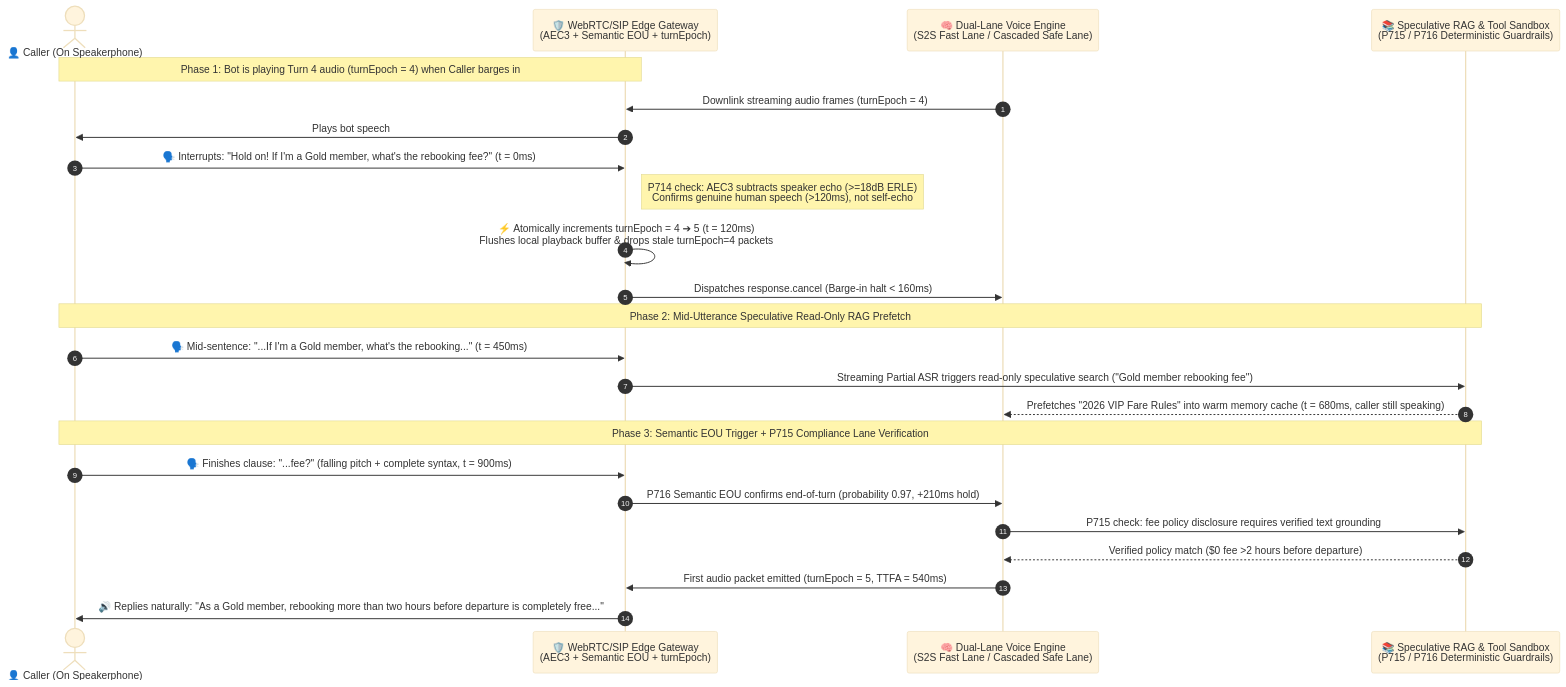
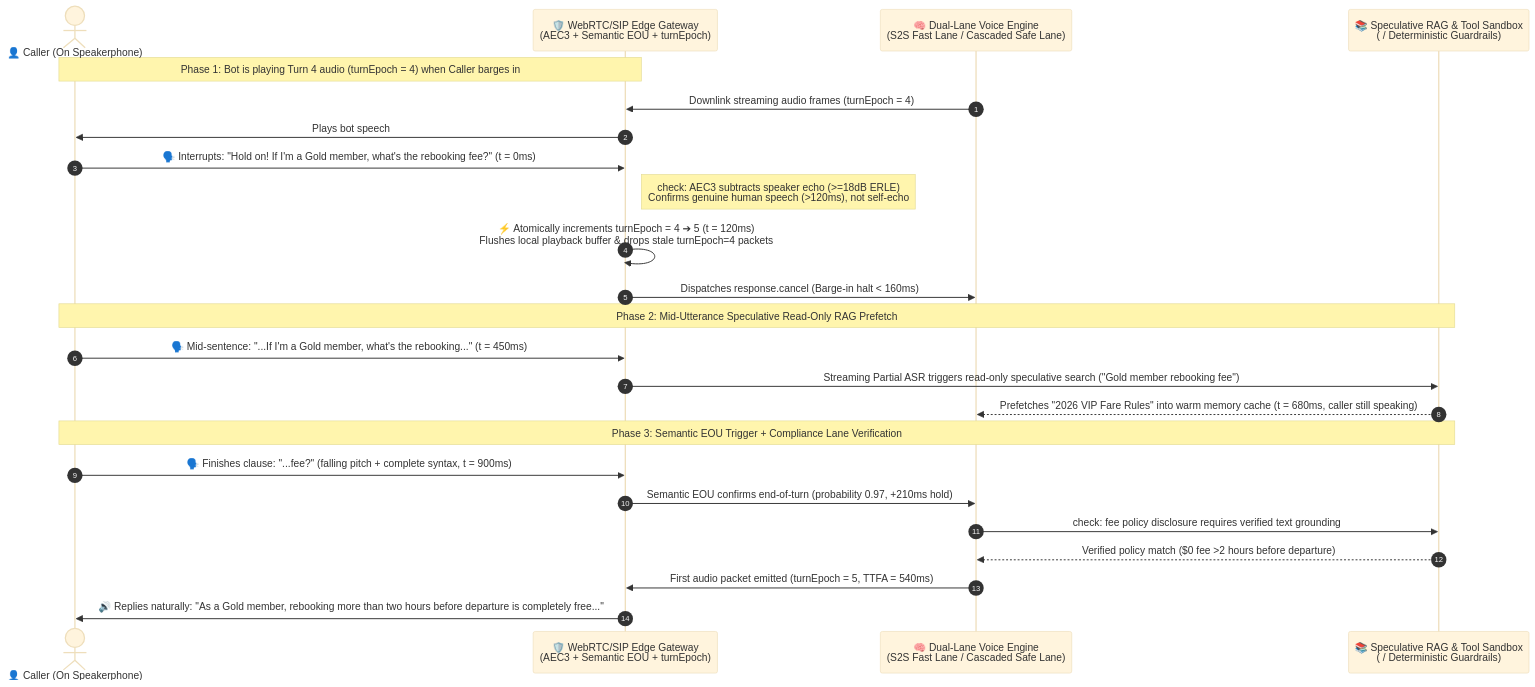
Before and after one commit to turbo998/voice-agent-lab: the third of 3 diagrams in docs/cascaded-vs-s2s-semantic-turn-faq.en.md, drawn with Mermaid (base theme). The commit also changed other lines of this file and 715 other files, not shown here.

````diff
--- a/docs/cascaded-vs-s2s-semantic-turn-faq.en.md
+++ b/docs/cascaded-vs-s2s-semantic-turn-faq.en.md
@@ -183,29 +183,29 @@
 ```mermaid
 sequenceDiagram
-    autonumber
-    actor Caller as 👤 Caller (On Speakerphone)
-    participant Edge as 🛡️ WebRTC/SIP Edge Gateway<br/>(AEC3 + Semantic EOU + turnEpoch)
-    participant Engine as 🧠 Dual-Lane Voice Engine<br/>(S2S Fast Lane / Cascaded Safe Lane)
-    participant RAG as 📚 Speculative RAG & Tool Sandbox<br/>(P715 / P716 Deterministic Guardrails)
+ autonumber
+ actor Caller as 👤 Caller (On Speakerphone)
+ participant Edge as 🛡️ WebRTC/SIP Edge Gateway<br/>(AEC3 + Semantic EOU + turnEpoch)
+ participant Engine as 🧠 Dual-Lane Voice Engine<br/>(S2S Fast Lane / Cascaded Safe Lane)
+ participant RAG as 📚 Speculative RAG & Tool Sandbox<br/>( / Deterministic Guardrails)
 
-    Note over Caller,Edge: Phase 1: Bot is playing Turn 4 audio (turnEpoch = 4) when Caller barges in
-    Engine->>Edge: Downlink streaming audio frames (turnEpoch = 4)
-    Edge->>Caller: Plays bot speech
-    Caller->>Edge: 🗣️ Interrupts: "Hold on! If I'm a Gold member, what's the rebooking fee?" (t = 0ms)
-    Note right of Edge: P714 check: AEC3 subtracts speaker echo (>=18dB ERLE)<br/>Confirms genuine human speech (>120ms), not self-echo
-    Edge->>Edge: ⚡ Atomically increments turnEpoch = 4 ➔ 5 (t = 120ms)<br/>Flushes local playback buffer & drops stale turnEpoch=4 packets
-    Edge->>Engine: Dispatches response.cancel (Barge-in halt < 160ms)
+ Note over Caller,Edge: Phase 1: Bot is playing Turn 4 audio (turnEpoch = 4) when Caller barges in
+ Engine->>Edge: Downlink streaming audio frames (turnEpoch = 4)
+ Edge->>Caller: Plays bot speech
+ Caller->>Edge: 🗣️ Interrupts: "Hold on! If I'm a Gold member, what's the rebooking fee?" (t = 0ms)
+ Note right of Edge: check: AEC3 subtracts speaker echo (>=18dB ERLE)<br/>Confirms genuine human speech (>120ms), not self-echo
+ Edge->>Edge: ⚡ Atomically increments turnEpoch = 4 ➔ 5 (t = 120ms)<br/>Flushes local playback buffer & drops stale turnEpoch=4 packets
+ Edge->>Engine: Dispatches response.cancel (Barge-in halt < 160ms)
 
-    Note over Caller,RAG: Phase 2: Mid-Utterance Speculative Read-Only RAG Prefetch
-    Caller->>Edge: 🗣️ Mid-sentence: "...If I'm a Gold member, what's the rebooking..." (t = 450ms)
-    Edge->>RAG: Streaming Partial ASR triggers read-only speculative search ("Gold member rebooking fee")
-    RAG-->>Engine: Prefetches "2026 VIP Fare Rules" into warm memory cache (t = 680ms, caller still speaking)
+ Note over Caller,RAG: Phase 2: Mid-Utterance Speculative Read-Only RAG Prefetch
+ Caller->>Edge: 🗣️ Mid-sentence: "...If I'm a Gold member, what's the rebooking..." (t = 450ms)
+ Edge->>RAG: Streaming Partial ASR triggers read-only speculative search ("Gold member rebooking fee")
+ RAG-->>Engine: Prefetches "2026 VIP Fare Rules" into warm memory cache (t = 680ms, caller still speaking)
 
-    Note over Caller,RAG: Phase 3: Semantic EOU Trigger + P715 Compliance Lane Verification
-    Caller->>Edge: 🗣️ Finishes clause: "...fee?" (falling pitch + complete syntax, t = 900ms)
-    Edge->>Engine: P716 Semantic EOU confirms end-of-turn (probability 0.97, +210ms hold)
-    Engine->>RAG: P715 check: fee policy disclosure requires verified text grounding
-    RAG-->>Engine: Verified policy match ($0 fee >2 hours before departure)
-    Engine->>Edge: First audio packet emitted (turnEpoch = 5, TTFA = 540ms)
-    Edge->>Caller: 🔊 Replies naturally: "As a Gold member, rebooking more than two hours before departure is completely free..."
+ Note over Caller,RAG: Phase 3: Semantic EOU Trigger + Compliance Lane Verification
+ Caller->>Edge: 🗣️ Finishes clause: "...fee?" (falling pitch + complete syntax, t = 900ms)
+ Edge->>Engine: Semantic EOU confirms end-of-turn (probability 0.97, +210ms hold)
+ Engine->>RAG: check: fee policy disclosure requires verified text grounding
+ RAG-->>Engine: Verified policy match ($0 fee >2 hours before departure)
+ Engine->>Edge: First audio packet emitted (turnEpoch = 5, TTFA = 540ms)
+ Edge->>Caller: 🔊 Replies naturally: "As a Gold member, rebooking more than two hours before departure is completely free..."
 ```
````
